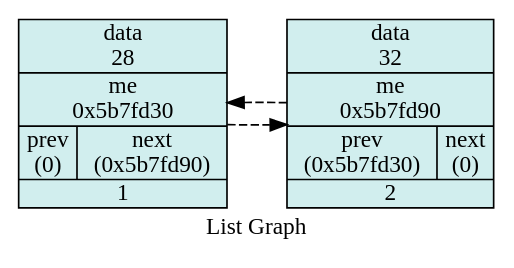
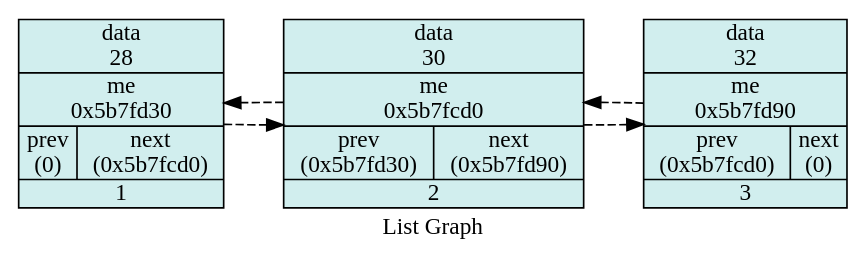
One commit to StaVan28/iLab changed the diagram in 5_list/txt/graph_list.dot. Above: the diagram before and after it, drawn with Graphviz. The commit also changed 10 other files, not shown here.

```diff
--- a/5_list/txt/graph_list.dot
+++ b/5_list/txt/graph_list.dot
@@ -1,14 +1,17 @@
 digraph List {
 
 	node [shape = "circle", style = "filled", fillcolor = "salmon1", fontcolor = "#000000", margin = "0.01"];
 	edge [style = "dashed"];
 	rankdir = "LR"
 
 	label = "List Graph";
 
-	"V0x5b7fd30"[shape = "record", fillcolor="lightcyan2", label = "    data\n28 |    me\n0x5b7fd30 | {prev\n(0) |  next\n(0x5b7fd90)} | <f0> 1"];
-	"V0x5b7fd90"[shape = "record", fillcolor="lightcyan2", label = "    data\n32 |    me\n0x5b7fd90 | {prev\n(0x5b7fd30) |  next\n(0)} | <f0> 2"];
+	"V0x5b7fd30"[shape = "record", fillcolor="lightcyan2", label = "    data\n28 |    me\n0x5b7fd30 | {prev\n(0) |  next\n(0x5b7fcd0)} | <f0> 1"];
+	"V0x5b7fcd0"[shape = "record", fillcolor="lightcyan2", label = "    data\n30 |    me\n0x5b7fcd0 | {prev\n(0x5b7fd30) |  next\n(0x5b7fd90)} | <f0> 2"];
+	"V0x5b7fd90"[shape = "record", fillcolor="lightcyan2", label = "    data\n32 |    me\n0x5b7fd90 | {prev\n(0x5b7fcd0) |  next\n(0)} | <f0> 3"];
 
-	"V0x5b7fd30"->"V0x5b7fd90";
-	"V0x5b7fd90"->"V0x5b7fd30";
+	"V0x5b7fcd0"->"V0x5b7fd90";
+	"V0x5b7fd30"->"V0x5b7fcd0";
+	"V0x5b7fcd0"->"V0x5b7fd30";
+	"V0x5b7fd90"->"V0x5b7fcd0";
 }
```
